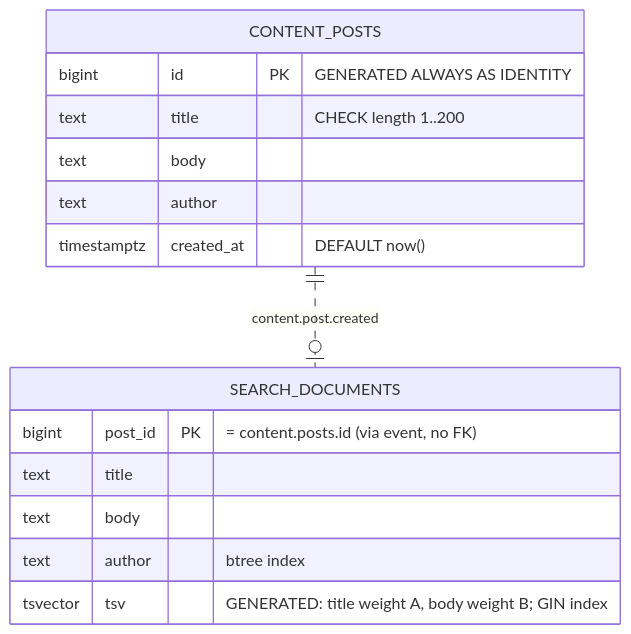
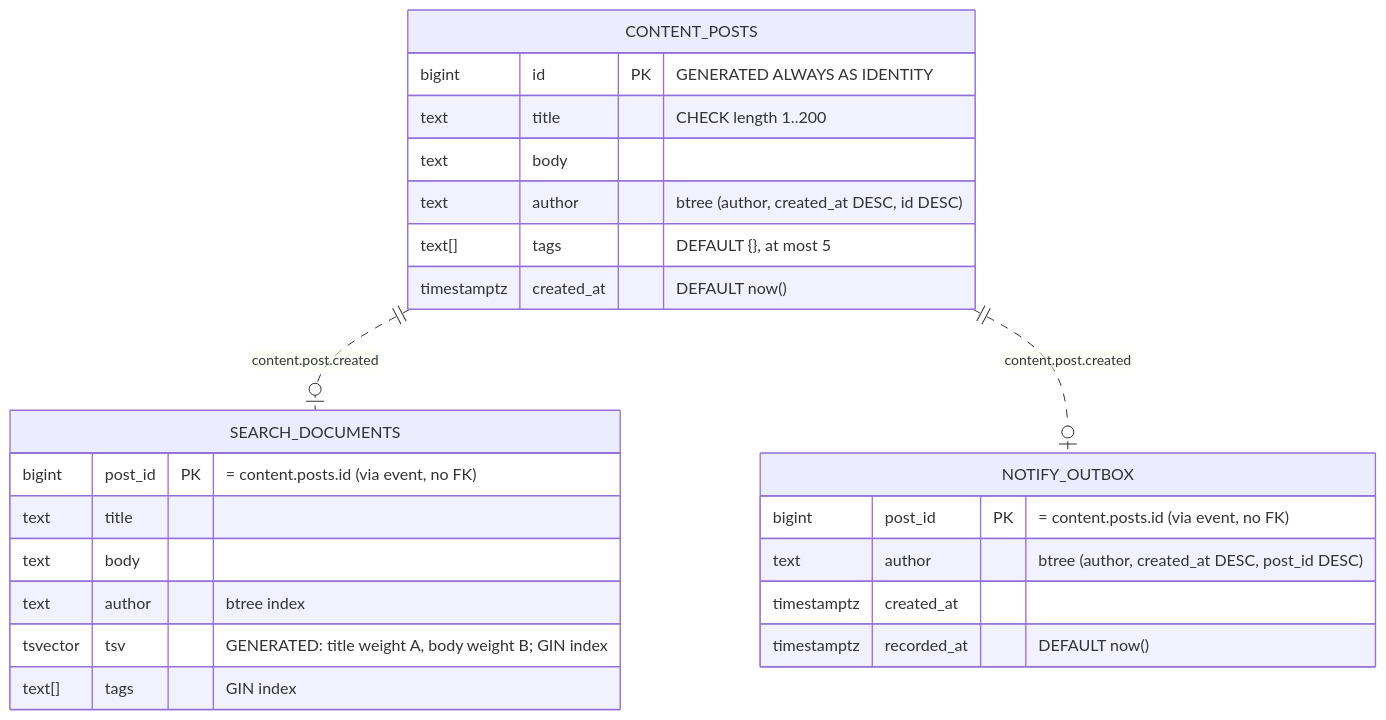
One commit to armdev/harness-template changed the sixth of 7 diagrams in docs/en/06-low-level-design.md. Above: the diagram before and after it, drawn with Mermaid. The commit also changed other lines of this file and 19 other files, not shown here.

````diff
--- a/docs/en/06-low-level-design.md
+++ b/docs/en/06-low-level-design.md
@@ -310,18 +328,27 @@
 ```mermaid
 erDiagram
     CONTENT_POSTS {
         bigint id PK "GENERATED ALWAYS AS IDENTITY"
         text title "CHECK length 1..200"
         text body
-        text author
+        text author "btree (author, created_at DESC, id DESC)"
+        text[] tags "DEFAULT {}, at most 5"
         timestamptz created_at "DEFAULT now()"
     }
     SEARCH_DOCUMENTS {
         bigint post_id PK "= content.posts.id (via event, no FK)"
         text title
         text body
         text author "btree index"
         tsvector tsv "GENERATED: title weight A, body weight B; GIN index"
+        text[] tags "GIN index"
+    }
+    NOTIFY_OUTBOX {
+        bigint post_id PK "= content.posts.id (via event, no FK)"
+        text author "btree (author, created_at DESC, post_id DESC)"
+        timestamptz created_at
+        timestamptz recorded_at "DEFAULT now()"
     }
     CONTENT_POSTS ||..o| SEARCH_DOCUMENTS : "content.post.created"
+    CONTENT_POSTS ||..o| NOTIFY_OUTBOX : "content.post.created"
 ```
````
